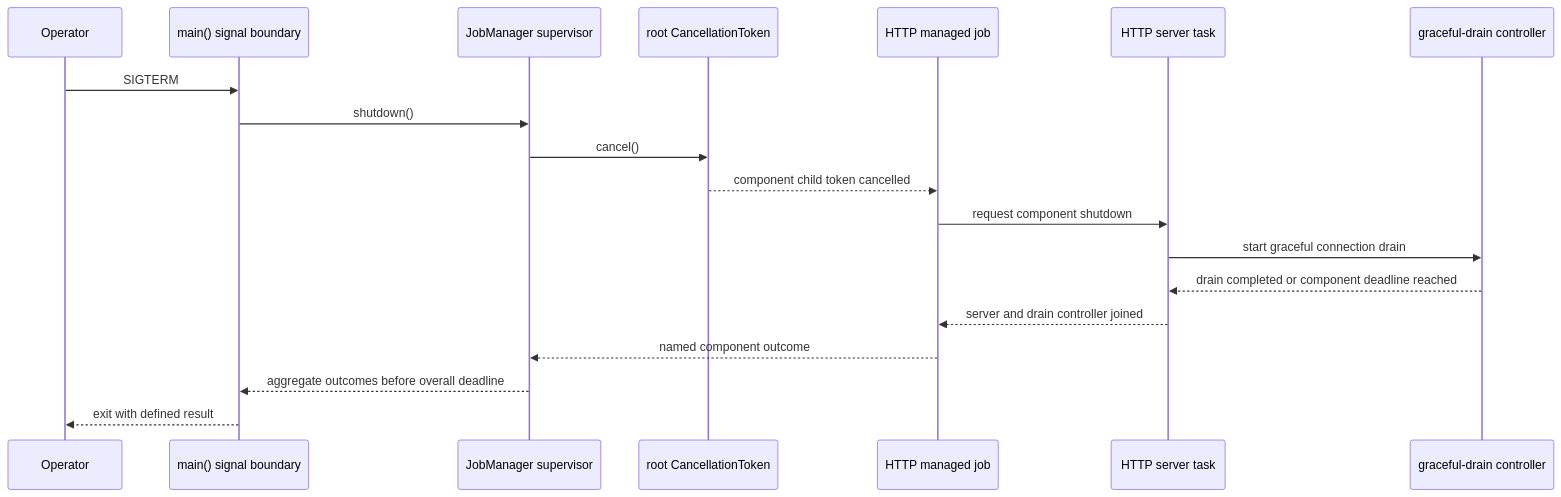
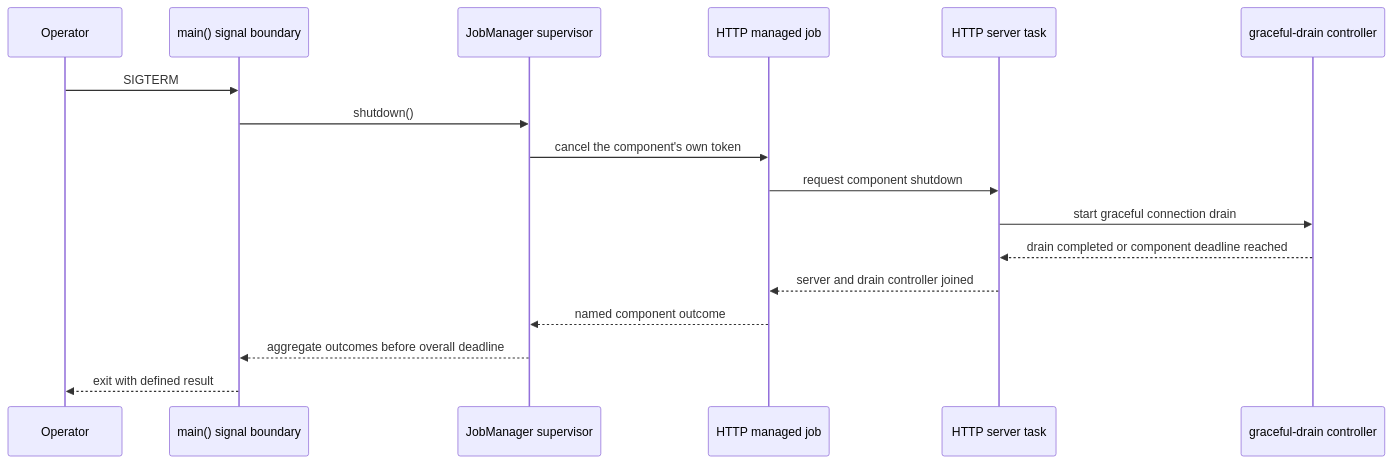
Before and after one commit to torrust/torrust-tracker: the third of 4 diagrams in docs/features/shutdown-process/shutdown-architecture-examples.md, drawn with Mermaid. The commit also changed other lines of this file and 6 other files, not shown here.

First line of the commit message:
docs(architecture): [#2416] document the stop order, move the diagrams, and add the swarm bus

````diff
--- a/docs/features/shutdown-process/shutdown-architecture-examples.md
+++ b/docs/features/shutdown-process/shutdown-architecture-examples.md
@@ -181,22 +189,20 @@
 ```mermaid
 sequenceDiagram
     participant Operator
     participant Main as main() signal boundary
     participant Supervisor as JobManager supervisor
-    participant Root as root CancellationToken
     participant HttpJob as HTTP managed job
     participant HttpServer as HTTP server task
     participant Drain as graceful-drain controller
 
     Operator->>Main: SIGTERM
     Main->>Supervisor: shutdown()
-    Supervisor->>Root: cancel()
-    Root-->>HttpJob: component child token cancelled
+    Supervisor->>HttpJob: cancel the component's own token
     HttpJob->>HttpServer: request component shutdown
     HttpServer->>Drain: start graceful connection drain
     Drain-->>HttpServer: drain completed or component deadline reached
     HttpServer-->>HttpJob: server and drain controller joined
     HttpJob-->>Supervisor: named component outcome
     Supervisor-->>Main: aggregate outcomes before overall deadline
     Main-->>Operator: exit with defined result
 ```
````
